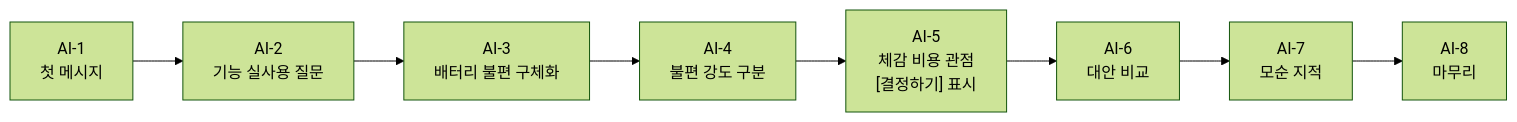
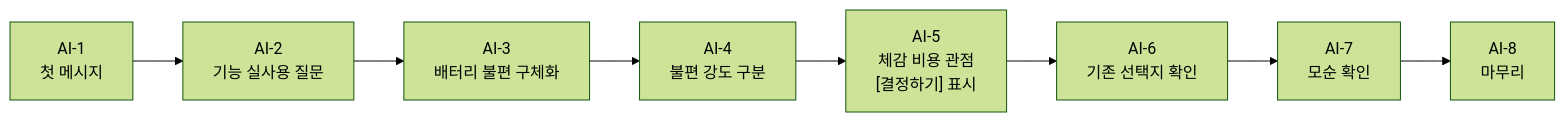
Before and after one commit to web-ppu/cooling-off: the first of 3 diagrams in docs/engineering/ai-simulation-log.md, drawn with Mermaid (forest theme). The commit also changed other lines of this file and 3 other files, not shown here.

````diff
--- a/docs/engineering/ai-simulation-log.md
+++ b/docs/engineering/ai-simulation-log.md
@@ -57,10 +57,10 @@
 ```mermaid
 flowchart LR
   A1["AI-1<br/>첫 메시지"] --> A2["AI-2<br/>기능 실사용 질문"]
   A2 --> A3["AI-3<br/>배터리 불편 구체화"]
   A3 --> A4["AI-4<br/>불편 강도 구분"]
   A4 --> A5["AI-5<br/>체감 비용 관점<br/>[결정하기] 표시"]
-  A5 --> A6["AI-6<br/>대안 비교"]
-  A6 --> A7["AI-7<br/>모순 지적"]
+  A5 --> A6["AI-6<br/>기존 선택지 확인"]
+  A6 --> A7["AI-7<br/>모순 확인"]
   A7 --> A8["AI-8<br/>마무리"]
 ```
````
